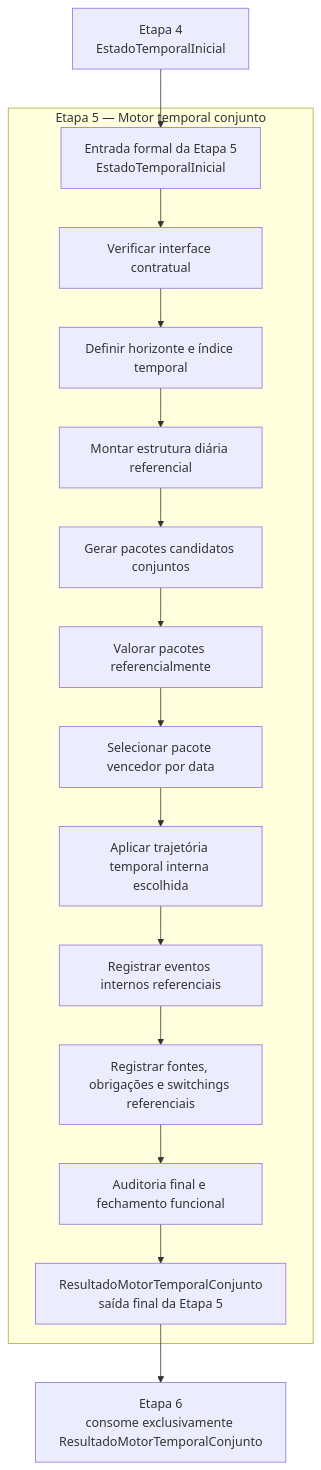
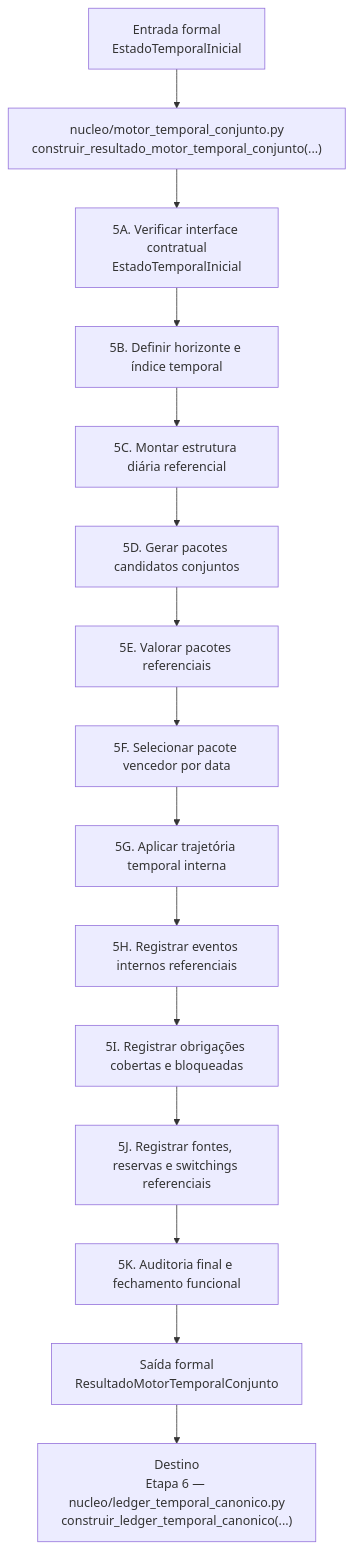
Before and after one commit to WevertonGomesCosta/payment-investment-allocation: the diagram in relatorios/principais/contratos_individuais/CONTRATO_ETAPA5_MOTOR_TEMPORAL_CONJUNTO.md, drawn with Mermaid. The commit also changed other lines of this file, not shown here.

Commit message:
MACRO-CONTRATOS-01: consolida contrato da etapa 5

````diff
--- a/relatorios/principais/contratos_individuais/CONTRATO_ETAPA5_MOTOR_TEMPORAL_CONJUNTO.md
+++ b/relatorios/principais/contratos_individuais/CONTRATO_ETAPA5_MOTOR_TEMPORAL_CONJUNTO.md
@@ -402,20 +186,18 @@
 ```mermaid
 flowchart TD
-    E4[Etapa 4<br/>EstadoTemporalInicial] --> E5IN[Entrada formal da Etapa 5<br/>EstadoTemporalInicial]
+    IN["Entrada formal<br/>EstadoTemporalInicial"] --> ORQ["nucleo/motor_temporal_conjunto.py<br/>construir_resultado_motor_temporal_conjunto(...)"]
 
-    subgraph E5[Etapa 5 — Motor temporal conjunto]
-        E5IN --> A[Verificar interface contratual]
-        A --> B[Definir horizonte e índice temporal]
-        B --> C[Montar estrutura diária referencial]
-        C --> D[Gerar pacotes candidatos conjuntos]
-        D --> E[Valorar pacotes referencialmente]
-        E --> F[Selecionar pacote vencedor por data]
-        F --> G[Aplicar trajetória temporal interna escolhida]
-        G --> H[Registrar eventos internos referenciais]
-        H --> I[Registrar fontes, obrigações e switchings referenciais]
-        I --> J[Auditoria final e fechamento funcional]
-        J --> R[ResultadoMotorTemporalConjunto<br/>saída final da Etapa 5]
-    end
-
-    R --> E6[Etapa 6<br/>consome exclusivamente ResultadoMotorTemporalConjunto]
+    ORQ --> A["5A. Verificar interface contratual<br/>EstadoTemporalInicial"]
+    A --> B["5B. Definir horizonte e índice temporal"]
+    B --> C["5C. Montar estrutura diária referencial"]
+    C --> D["5D. Gerar pacotes candidatos conjuntos"]
+    D --> E["5E. Valorar pacotes referenciais"]
+    E --> F["5F. Selecionar pacote vencedor por data"]
+    F --> G["5G. Aplicar trajetória temporal interna"]
+    G --> H["5H. Registrar eventos internos referenciais"]
+    H --> I["5I. Registrar obrigações cobertas e bloqueadas"]
+    I --> J["5J. Registrar fontes, reservas e switchings referenciais"]
+    J --> K["5K. Auditoria final e fechamento funcional"]
+    K --> L["Saída formal<br/>ResultadoMotorTemporalConjunto"]
+    L --> E6["Destino<br/>Etapa 6 — nucleo/ledger_temporal_canonico.py<br/>construir_ledger_temporal_canonico(...)"]
 ```
````
